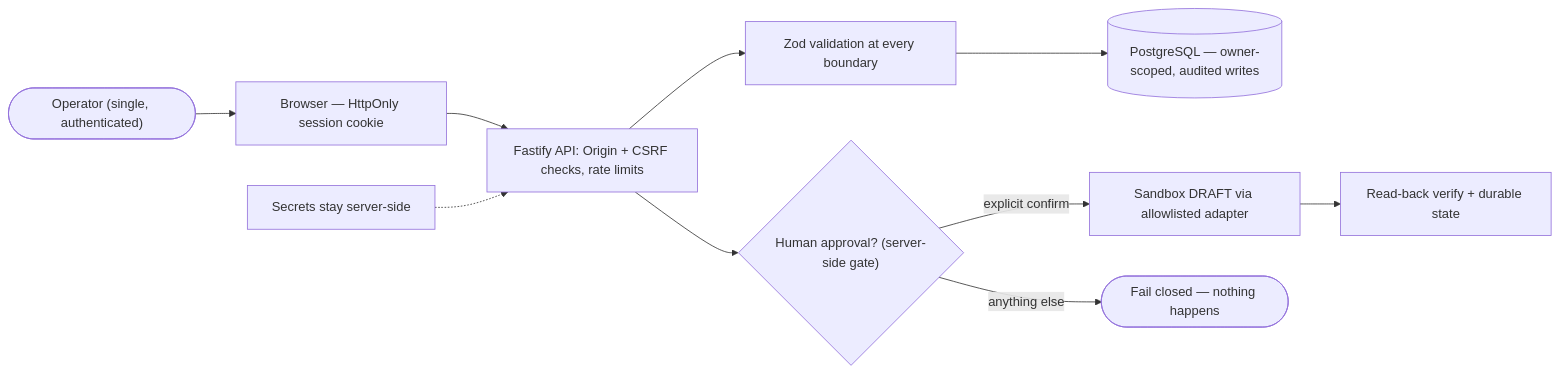
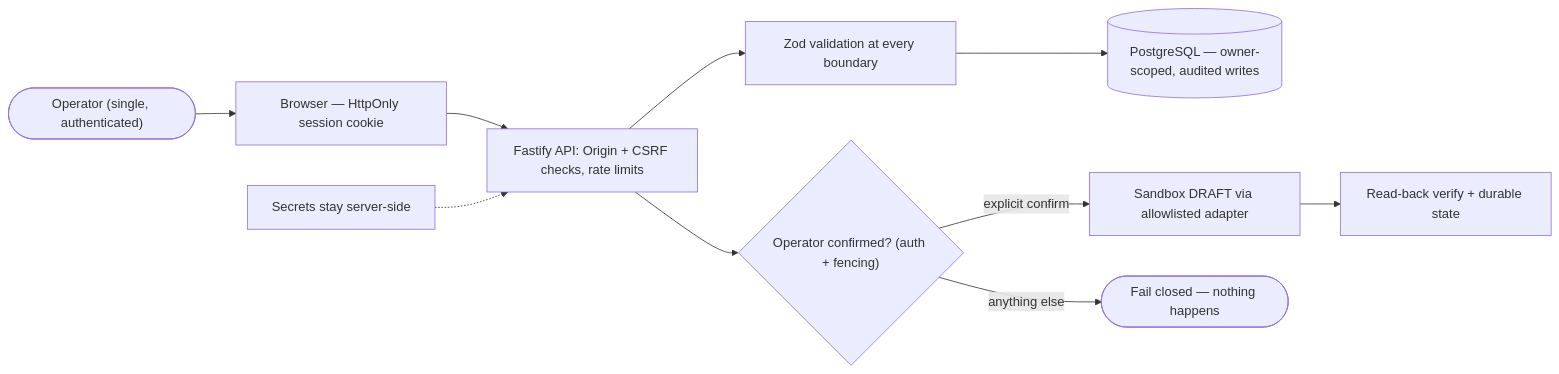
The second of 3 diagrams in README.md (mrdzyn/nudgemyinvoice), drawn with Mermaid before and after one commit. The commit also changed other lines of this file and 1 other file, not shown here.

Commit message:
docs(nmi): address PR73 audit - nudge queue, approval controls, PII, mascot

````diff
--- a/README.md
+++ b/README.md
@@ -103,12 +108,12 @@
 ```mermaid
 flowchart LR
     Op(["Operator (single, authenticated)"]) --> Browser["Browser — HttpOnly session cookie"]
     Browser --> API["Fastify API: Origin + CSRF checks, rate limits"]
     API --> Zod["Zod validation at every boundary"]
     Zod --> DB[("PostgreSQL — owner-scoped, audited writes")]
-    API --> Approval{"Human approval? (server-side gate)"}
+    API --> Approval{"Operator confirmed? (auth + fencing)"}
     Approval -- "explicit confirm" --> Draft["Sandbox DRAFT via allowlisted adapter"]
     Approval -- "anything else" --> Deny(["Fail closed — nothing happens"])
     Draft --> Verify["Read-back verify + durable state"]
     Secrets["Secrets stay server-side"] -.-> API
 ```
````
